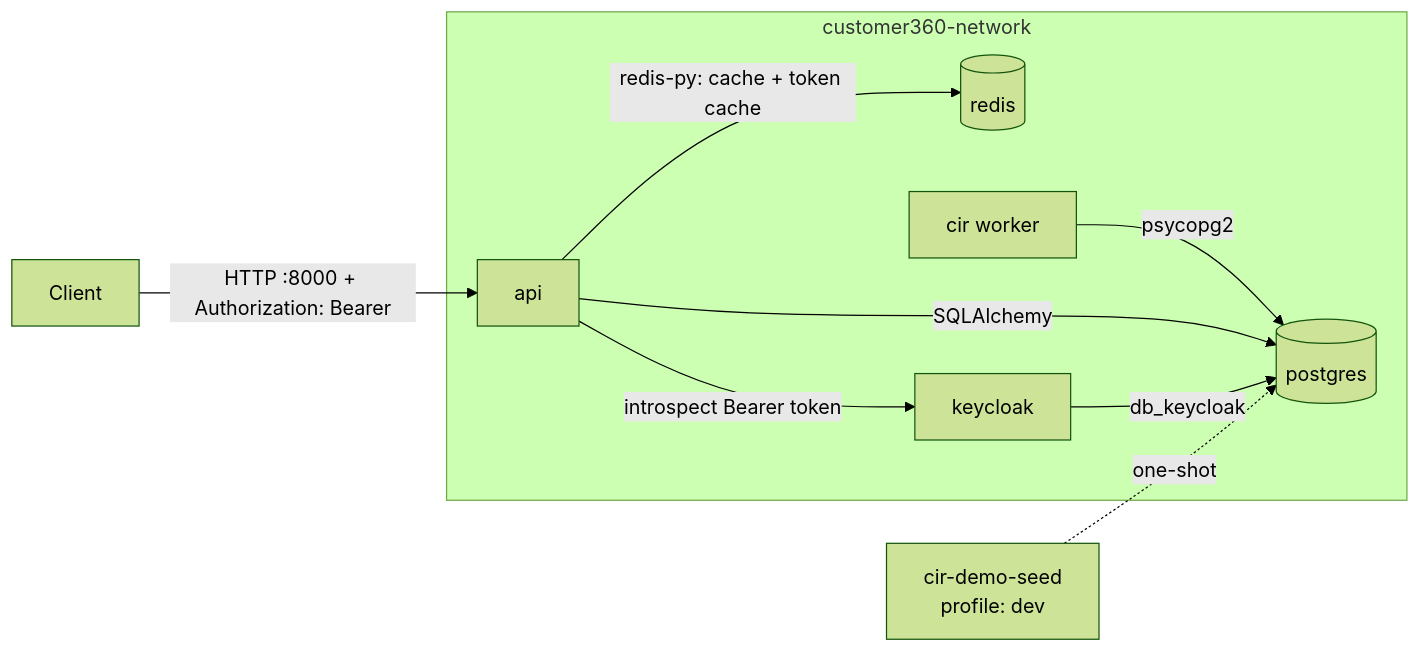
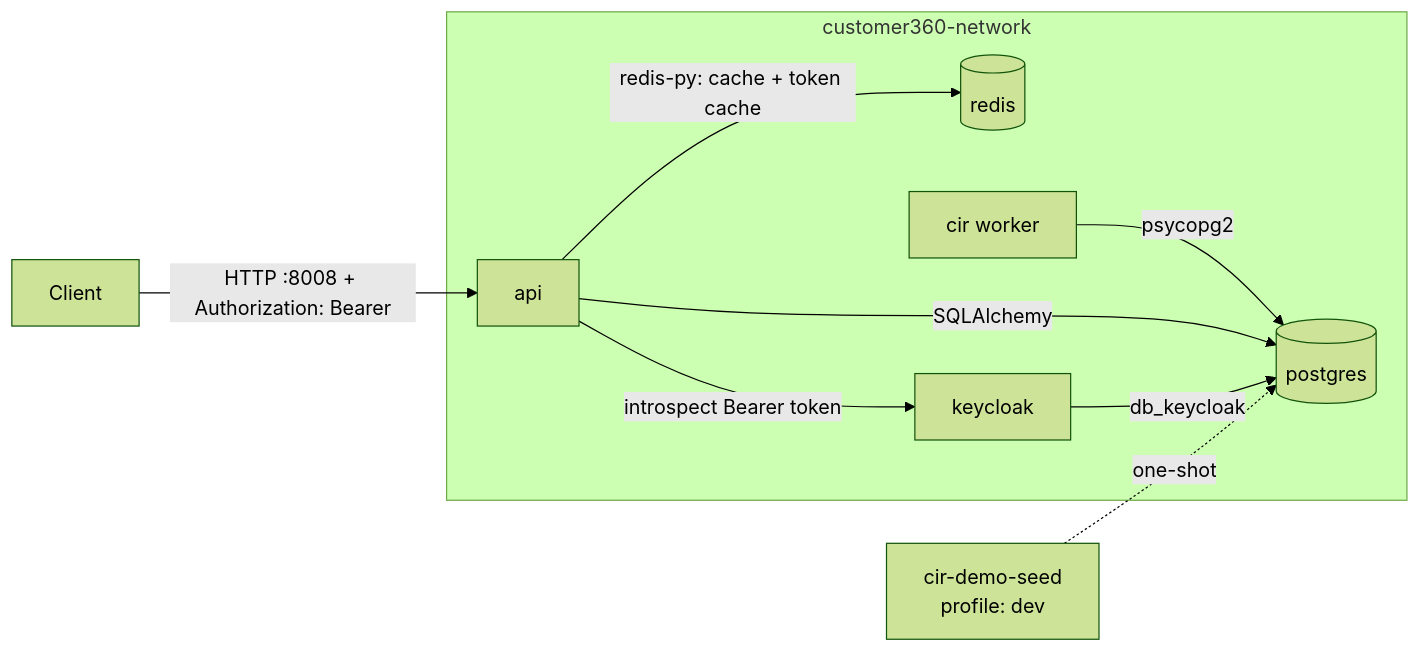
Before and after one commit to LEO-CDP/leo-customer360: the diagram in DOCKER-COMPOSE-GUIDE.md, drawn with Mermaid (forest theme). The commit also changed other lines of this file and 18 other files, not shown here.

Commit message:
fix bug seed demo data,  update http port 8008 for C360 API

````diff
--- a/DOCKER-COMPOSE-GUIDE.md
+++ b/DOCKER-COMPOSE-GUIDE.md
@@ -31,17 +31,17 @@
 ```mermaid
 flowchart LR
     subgraph customer360-network
         PG[(postgres)]
         RD[(redis)]
         KC[keycloak]
         CIR[cir worker]
         API[api]
     end
     CIR -->|psycopg2| PG
     API -->|SQLAlchemy| PG
     API -->|redis-py: cache + token cache| RD
     API -->|introspect Bearer token| KC
     KC -->|db_keycloak| PG
-    Client -->|HTTP :8000 + Authorization: Bearer| API
+    Client -->|HTTP :8008 + Authorization: Bearer| API
     Seed[cir-demo-seed\nprofile: dev] -.->|one-shot| PG
 ```
````
